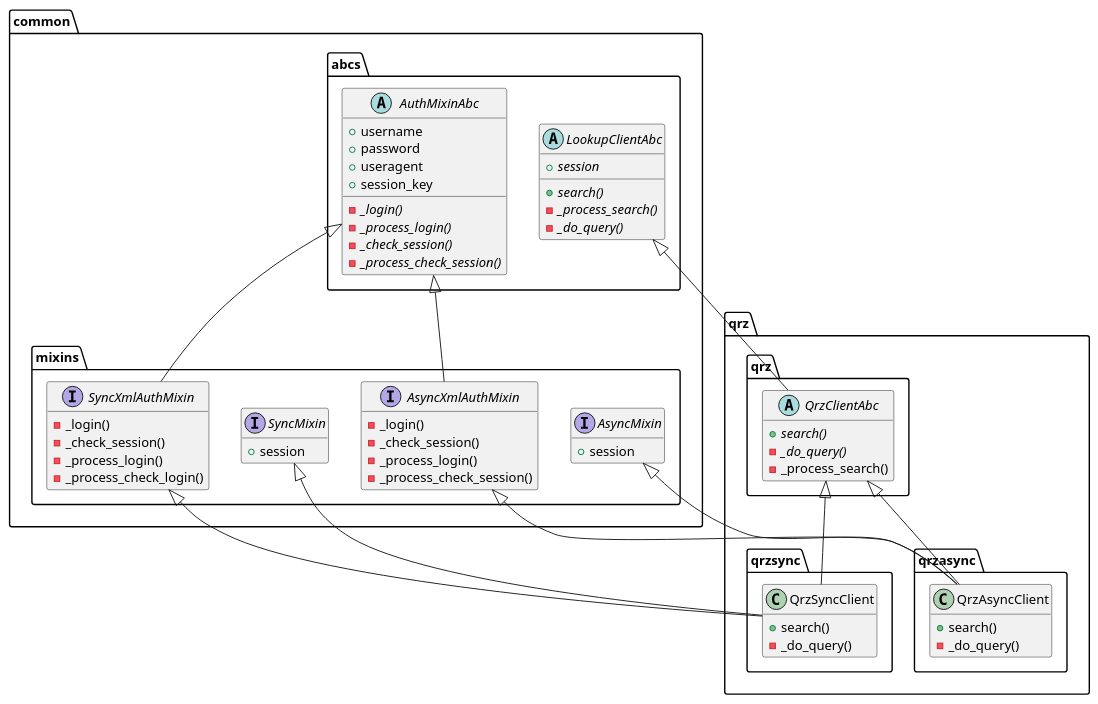
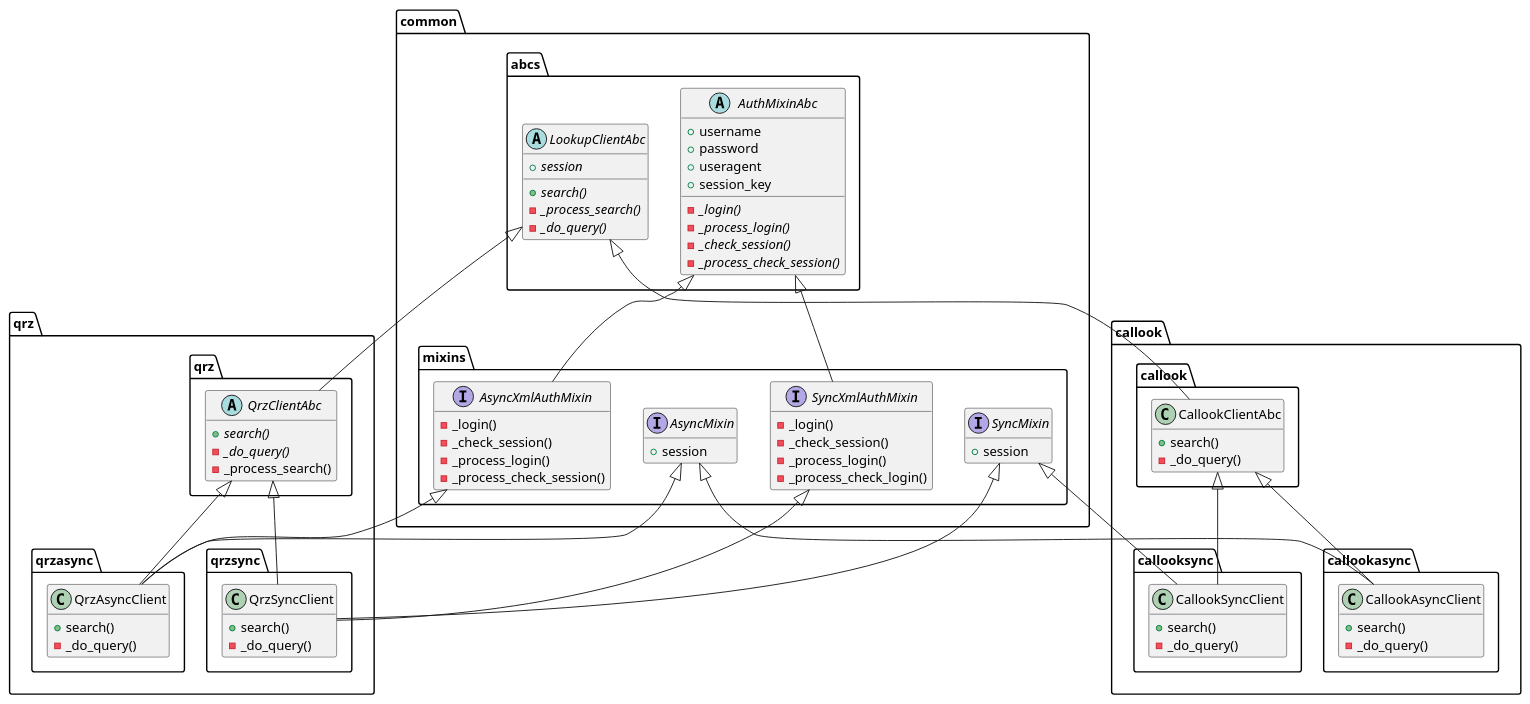
Before and after one commit to miaowware/callsignlookuptools: the second of 2 diagrams in devnotes/inheritance.puml, drawn with PlantUML. The commit also changed 2 other files, not shown here.

```diff
--- a/devnotes/inheritance.puml
+++ b/devnotes/inheritance.puml
@@ -40,88 +40,118 @@
 @startuml cltinheritance
 
 namespace common {
     namespace abcs {
         abstract LookupClientAbc {
             + {abstract} session
             + {abstract} search()
             - {abstract} _process_search()
             - {abstract} _do_query()
         }
 
         abstract AuthMixinAbc {
             + username
             + password
             + useragent
             + session_key
             - {abstract} _login()
             - {abstract} _process_login()
             - {abstract} _check_session()
             - {abstract} _process_check_session()
         }
     }
 
     namespace mixins {
         interface AsyncMixin {
             + session
         }
 
         interface AsyncXmlAuthMixin {
             - _login()
             - _check_session()
             - _process_login()
             - _process_check_session()
         }
 
         interface SyncMixin {
             + session
         }
 
         interface SyncXmlAuthMixin {
             - _login()
             - _check_session()
             - _process_login()
             - _process_check_login()
         }
     }
 }
 
 namespace qrz {
     namespace qrz {
         abstract QrzClientAbc {
             + {abstract} search()
             - {abstract} _do_query()
             - _process_search()
         }
     }
 
     namespace qrzasync {
         class QrzAsyncClient {
             + search()
             - _do_query()
         }
     }
 
     namespace qrzsync {
         class QrzSyncClient {
             + search()
             - _do_query()
         }
     }
 }
 
+namespace callook {
+    namespace callook {
+        class CallookClientAbc {
+            + search()
+            - _do_query()
+        }
+    }
+    namespace callookasync {
+        class CallookAsyncClient {
+            + search()
+            - _do_query()
+        }
+    }
+    namespace callooksync {
+        class CallookSyncClient {
+            + search()
+            - _do_query()
+        }
+    }
+}
+
 qrz.qrz.QrzClientAbc <|-- qrz.qrzasync.QrzAsyncClient
 common.mixins.AsyncMixin <|-- qrz.qrzasync.QrzAsyncClient
 common.mixins.AsyncXmlAuthMixin <|-- qrz.qrzasync.QrzAsyncClient
 
 qrz.qrz.QrzClientAbc <|-- qrz.qrzsync.QrzSyncClient
 common.mixins.SyncMixin <|-- qrz.qrzsync.QrzSyncClient
 common.mixins.SyncXmlAuthMixin <|-- qrz.qrzsync.QrzSyncClient
 
 common.abcs.LookupClientAbc <|-- qrz.qrz.QrzClientAbc
 
+callook.callook.CallookClientAbc <|-- callook.callookasync.CallookAsyncClient
+common.mixins.AsyncMixin <|-- callook.callookasync.CallookAsyncClient
+
+callook.callook.CallookClientAbc <|-- callook.callooksync.CallookSyncClient
+common.mixins.SyncMixin <|-- callook.callooksync.CallookSyncClient
+
+common.abcs.LookupClientAbc <|-- callook.callook.CallookClientAbc
+
 common.abcs.AuthMixinAbc <|-- common.mixins.AsyncXmlAuthMixin
 common.abcs.AuthMixinAbc <|-- common.mixins.SyncXmlAuthMixin
+
 
 hide empty members
 
 @enduml
```
